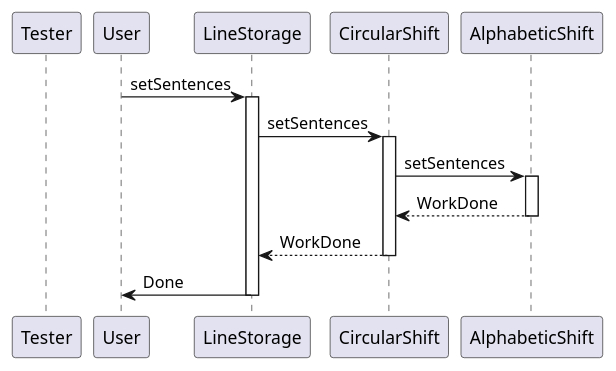
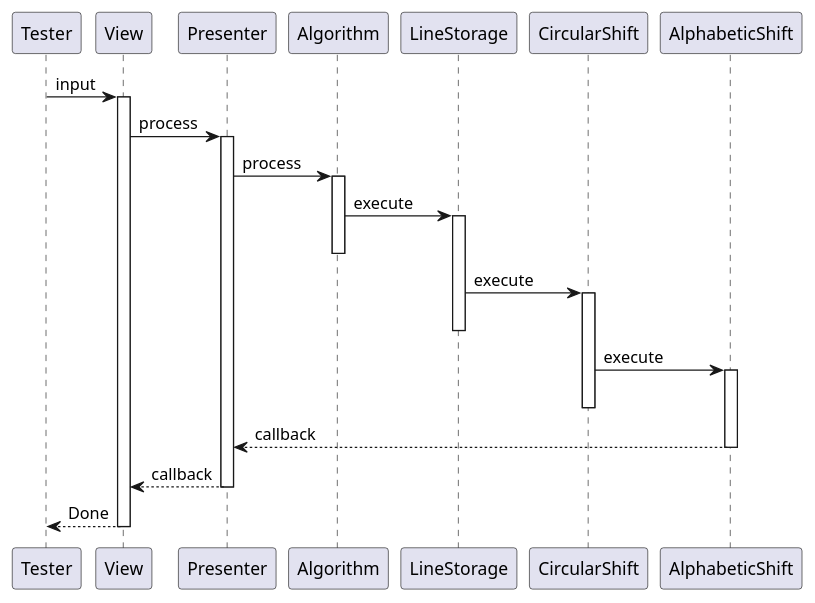
One commit to wenxi-zeng/sadocuments changed the fourth of 5 diagrams in out/srsplantuml.md. Above: the diagram before and after it, drawn with PlantUML. The commit also changed other lines of this file and 1 other file, not shown here.

````diff
--- a/out/srsplantuml.md
+++ b/out/srsplantuml.md
@@ -83,23 +115,36 @@
 ```plantuml
 @startuml
 participant Tester
 
-User -> LineStorage: setSentences
+Tester -> View: input
+activate View
+
+View -> Presenter: process
+activate Presenter
+
+Presenter -> Algorithm: process
+activate Algorithm
+
+Algorithm -> LineStorage: execute
 activate LineStorage
+deactivate Algorithm
 
-LineStorage -> CircularShift: setSentences
+LineStorage -> CircularShift: execute
 activate CircularShift
+deactivate LineStorage
 
-CircularShift -> AlphabeticShift: setSentences
+CircularShift -> AlphabeticShift: execute
 activate AlphabeticShift
-AlphabeticShift --> CircularShift: WorkDone
+deactivate CircularShift
+
+AlphabeticShift --> Presenter: callback
 deactivate AlphabeticShift
 
-CircularShift --> LineStorage: WorkDone
-deactivate CircularShift
+Presenter --> View: callback
+deactivate Presenter
 
-LineStorage -> User: Done
-deactivate LineStorage
+View --> Tester: Done
+deactivate View
 
 @enduml
 ```
````
